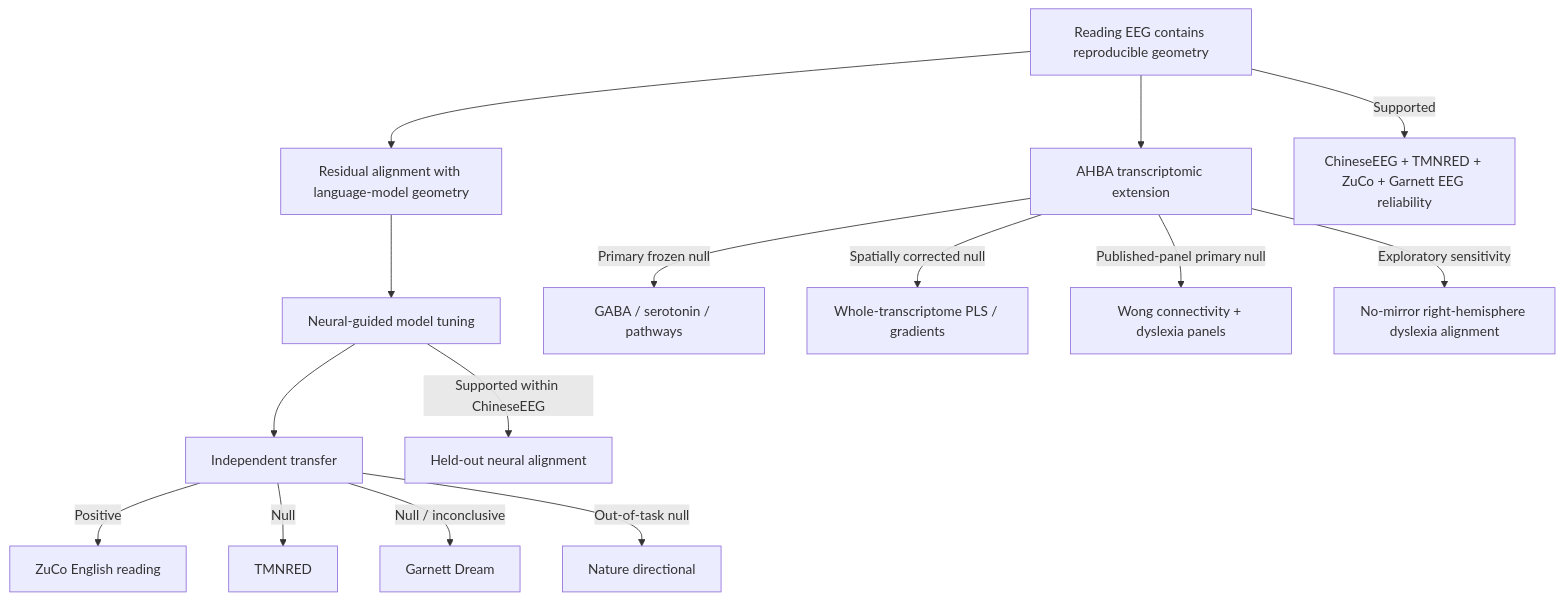
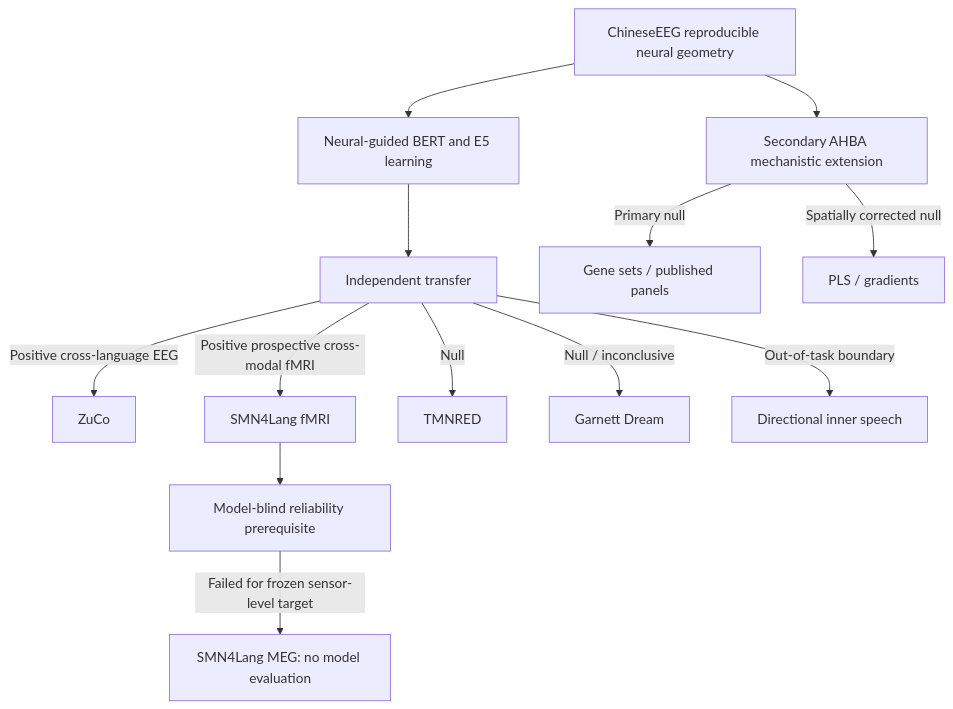
The diagram in docs/1_PROJECT_OVERVIEW.md (vafaei-ar/NeuroSem), drawn with Mermaid before and after one commit. The commit also changed other lines of this file, not shown here.

````diff
--- a/docs/1_PROJECT_OVERVIEW.md
+++ b/docs/1_PROJECT_OVERVIEW.md
@@ -22,19 +23,15 @@
 ```mermaid
 flowchart TD
-    A[Reading EEG contains reproducible geometry] --> B[Residual alignment with language-model geometry]
-    B --> C[Neural-guided model tuning]
-    C --> D[Independent transfer]
-    A --> M[AHBA transcriptomic extension]
-
-    A -->|Supported| A1[ChineseEEG + TMNRED + ZuCo + Garnett EEG reliability]
-    C -->|Supported within ChineseEEG| C1[Held-out neural alignment]
-    D -->|Positive| D1[ZuCo English reading]
-    D -->|Null| D2[TMNRED]
-    D -->|Null / inconclusive| D3[Garnett Dream]
-    D -->|Out-of-task null| D4[Nature directional]
-
-    M -->|Primary frozen null| M1[GABA / serotonin / pathways]
-    M -->|Spatially corrected null| M2[Whole-transcriptome PLS / gradients]
-    M -->|Published-panel primary null| M3[Wong connectivity + dyslexia panels]
-    M -->|Exploratory sensitivity| M4[No-mirror right-hemisphere dyslexia alignment]
+    A[ChineseEEG reproducible neural geometry] --> B[Neural-guided BERT and E5 learning]
+    B --> C[Independent transfer]
+    C -->|Positive cross-language EEG| C1[ZuCo]
+    C -->|Positive prospective cross-modal fMRI| C2[SMN4Lang fMRI]
+    C -->|Null| C3[TMNRED]
+    C -->|Null / inconclusive| C4[Garnett Dream]
+    C -->|Out-of-task boundary| C5[Directional inner speech]
+    C2 --> R[Model-blind reliability prerequisite]
+    R -->|Failed for frozen sensor-level target| M[SMN4Lang MEG: no model evaluation]
+    A --> X[Secondary AHBA mechanistic extension]
+    X -->|Primary null| X1[Gene sets / published panels]
+    X -->|Spatially corrected null| X2[PLS / gradients]
 ```
````
